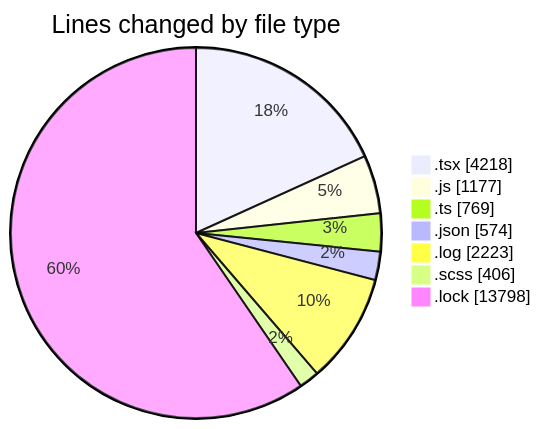
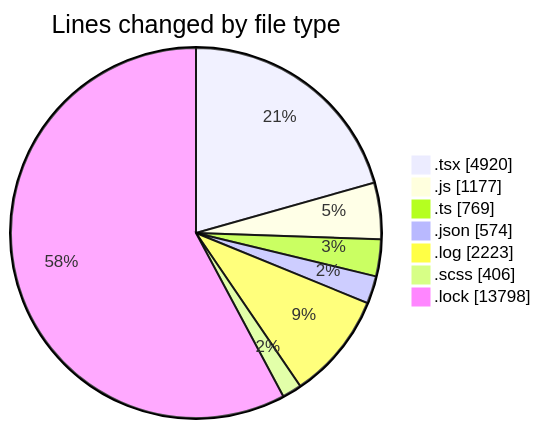
Before and after one commit to momahboobian/code-tracking: the first of 2 diagrams in 2026-04-17/cda/README.md, drawn with Mermaid. The commit also changed other lines of this file and 1 other file, not shown here.

````diff
--- a/2026-04-17/cda/README.md
+++ b/2026-04-17/cda/README.md
@@ -58,11 +58,11 @@
 ```mermaid
 pie showData
 title Lines changed by file type
-".tsx" : 4218
+".tsx" : 4920
 ".js" : 1177
 ".ts" : 769
 ".json" : 574
 ".log" : 2223
 ".scss" : 406
 ".lock" : 13798
 ```
````
